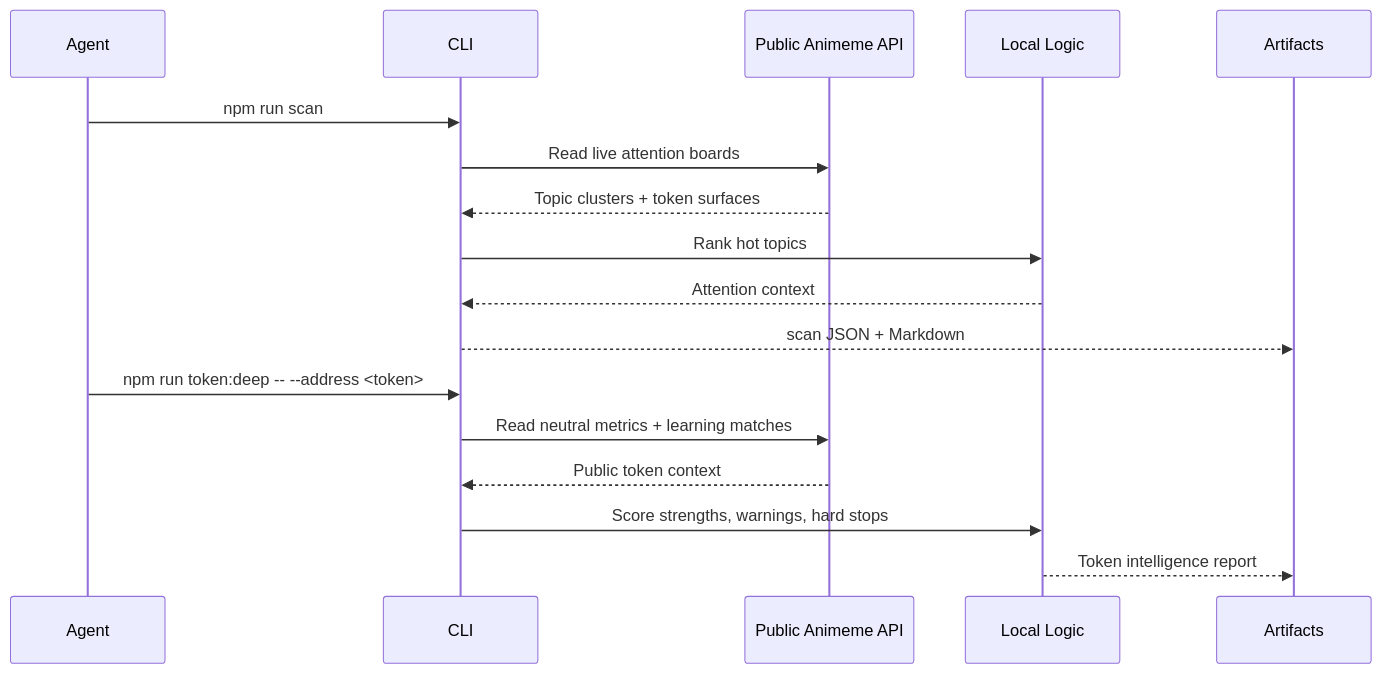
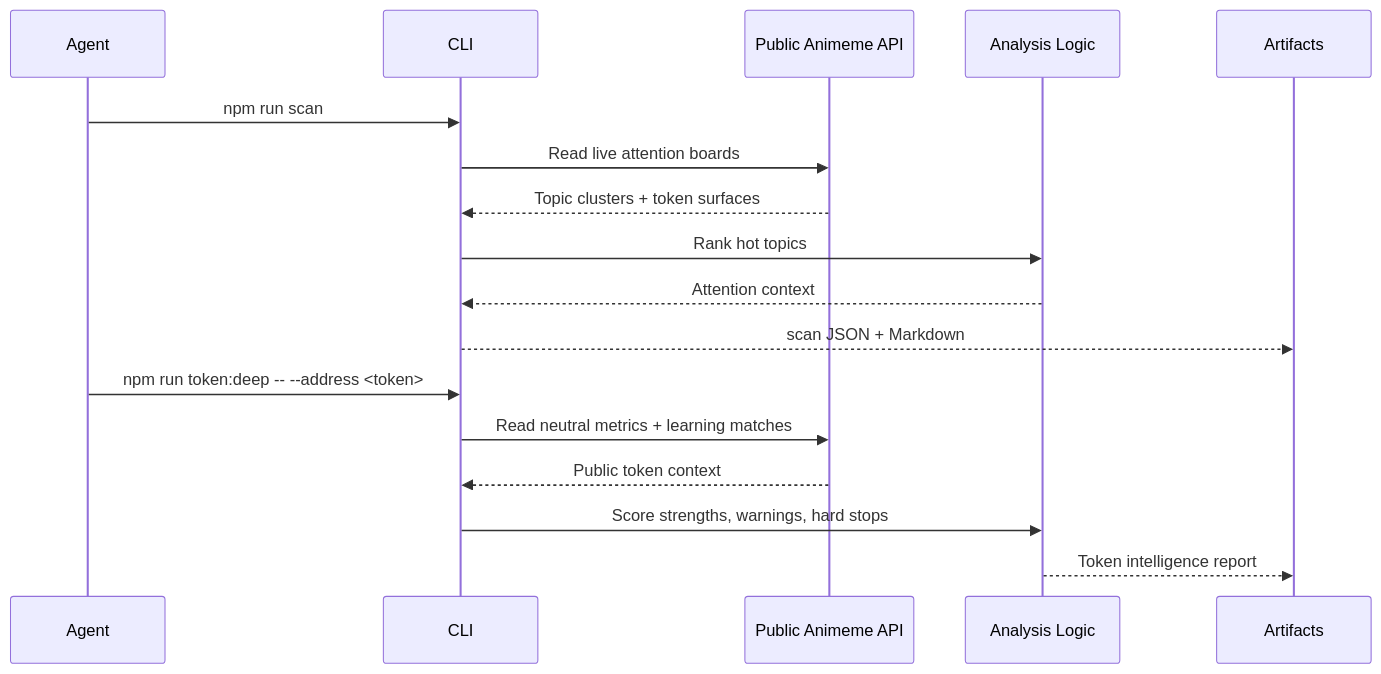
One commit to animeme99/Animeme-Agent changed the second of 6 diagrams in README.md. Above: the diagram before and after it, drawn with Mermaid. The commit also changed other lines of this file and 6 other files, not shown here.

````diff
--- a/README.md
+++ b/README.md
@@ -72,20 +72,20 @@
 ```mermaid
 sequenceDiagram
     participant A as Agent
     participant C as CLI
     participant P as Public Animeme API
-    participant L as Local Logic
+    participant L as Analysis Logic
     participant O as Artifacts
 
     A->>C: npm run scan
     C->>P: Read live attention boards
     P-->>C: Topic clusters + token surfaces
     C->>L: Rank hot topics
     L-->>C: Attention context
     C-->>O: scan JSON + Markdown
     A->>C: npm run token:deep -- --address <token>
     C->>P: Read neutral metrics + learning matches
     P-->>C: Public token context
     C->>L: Score strengths, warnings, hard stops
     L-->>O: Token intelligence report
 ```
````
